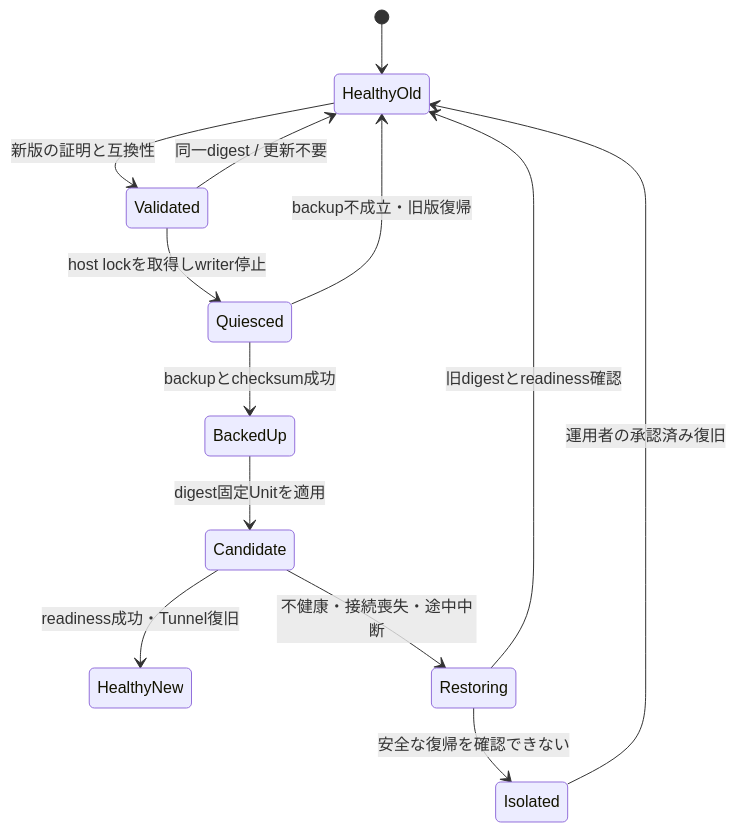
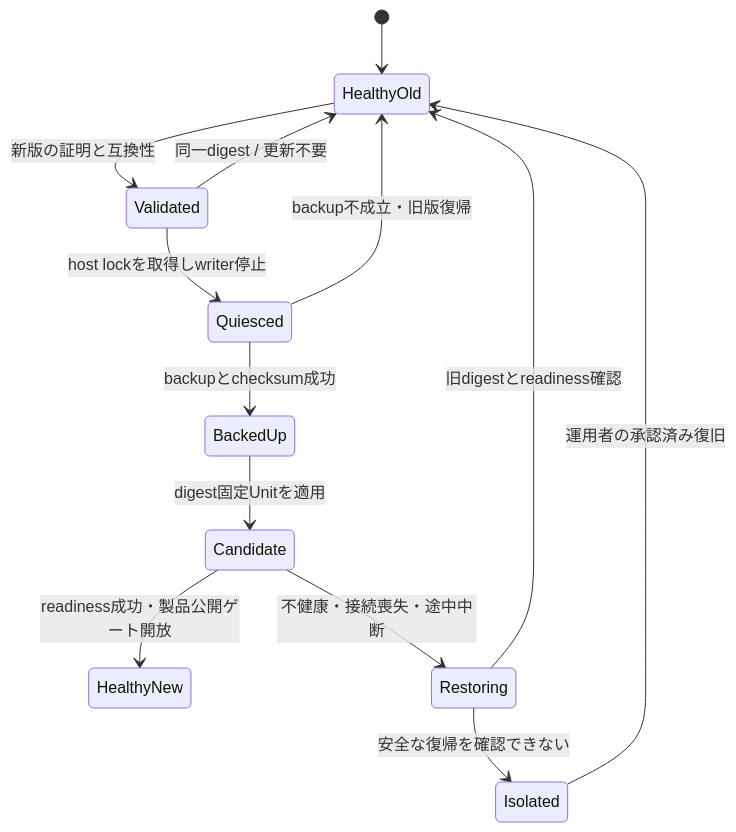
One commit to yohn-jp/codexia changed the diagram in docs/architecture/diagrams/update-2.mmd. Above: the diagram before and after it, drawn with Mermaid. The commit also changed 13 other files, not shown here.

Commit message:
docs(architecture): align trust boundaries and deployment models with shared Tunnel

```diff
--- a/docs/architecture/diagrams/update-2.mmd
+++ b/docs/architecture/diagrams/update-2.mmd
@@ -1,13 +1,13 @@
 stateDiagram-v2
     [*] --> HealthyOld
     HealthyOld --> Validated : 新版の証明と互換性
     Validated --> HealthyOld : 同一digest / 更新不要
     Validated --> Quiesced : host lockを取得しwriter停止
     Quiesced --> BackedUp : backupとchecksum成功
     Quiesced --> HealthyOld : backup不成立・旧版復帰
     BackedUp --> Candidate : digest固定Unitを適用
-    Candidate --> HealthyNew : readiness成功・Tunnel復旧
+    Candidate --> HealthyNew : readiness成功・製品公開ゲート開放
     Candidate --> Restoring : 不健康・接続喪失・途中中断
     Restoring --> HealthyOld : 旧digestとreadiness確認
     Restoring --> Isolated : 安全な復帰を確認できない
     Isolated --> HealthyOld : 運用者の承認済み復旧
```
